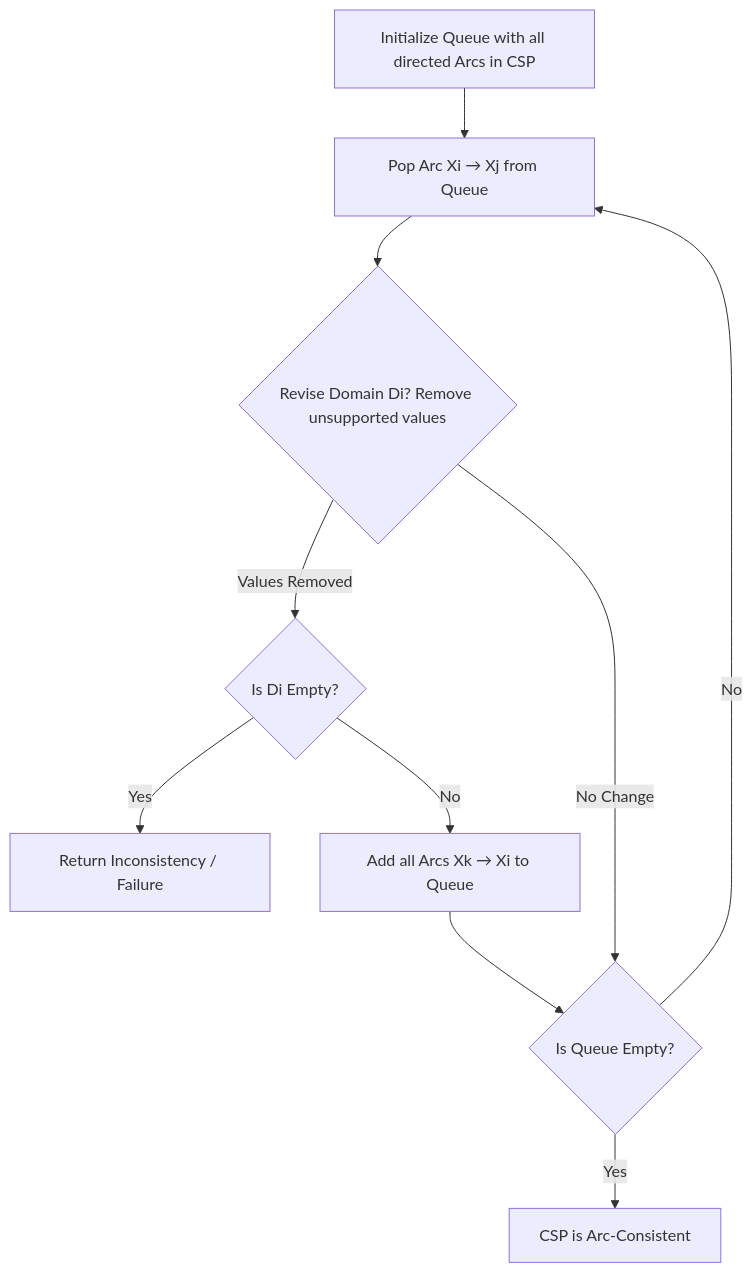
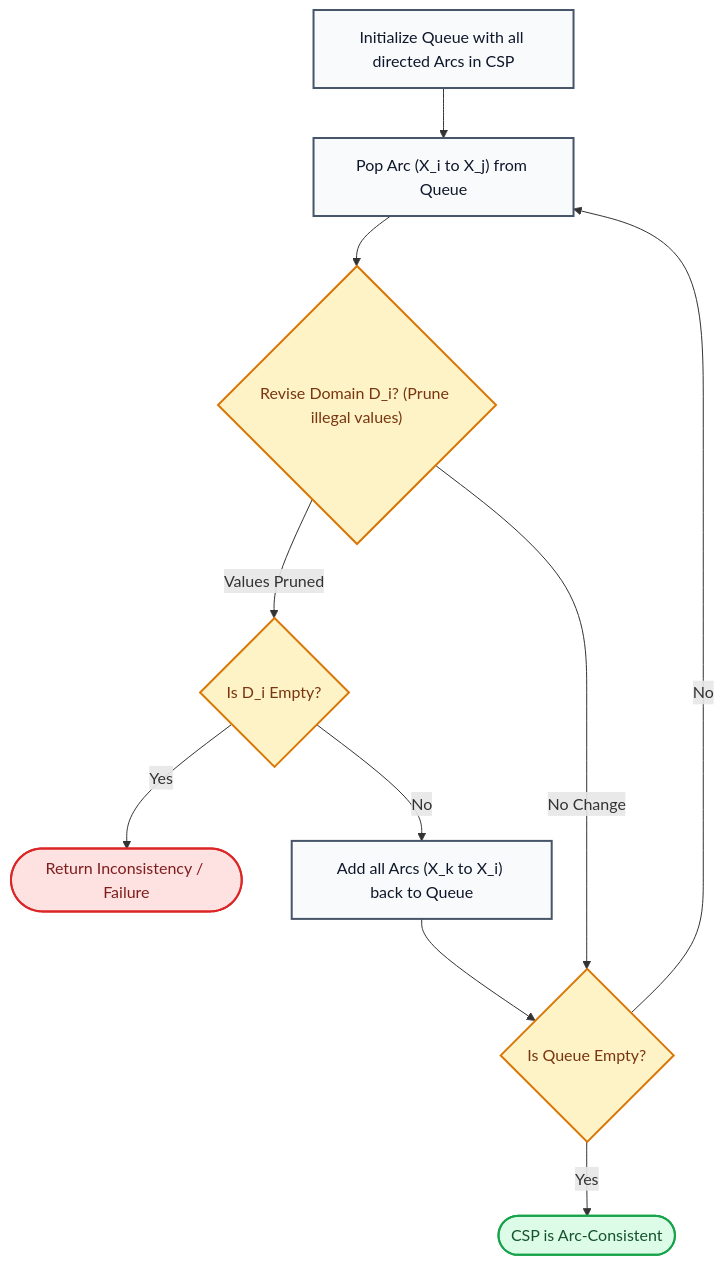
Diagram 18 of 31 in README.md (shimulshoishob/Artificial_Intelligence_CSE366), drawn with Mermaid before and after one commit. The commit also changed other lines of this file, not shown here.

````diff
--- a/README.md
+++ b/README.md
@@ -984,12 +1115,22 @@
 ```mermaid
 flowchart TD
-    Init[Initialize Queue with all directed Arcs in CSP] --> Pop[Pop Arc Xi → Xj from Queue]
-    Pop --> Revise{Revise Domain Di? Remove unsupported values}
-    Revise -- Values Removed --> CheckEmpty{Is Di Empty?}
-    CheckEmpty -- Yes --> Fail[Return Inconsistency / Failure]
-    CheckEmpty -- No --> AddNeighbors[Add all Arcs Xk → Xi to Queue]
-    Revise -- No Change --> CheckQueue{Is Queue Empty?}
+    Init["Initialize Queue with all directed Arcs in CSP"] --> Pop["Pop Arc (X_i to X_j) from Queue"]
+    Pop --> Revise{"Revise Domain D_i? (Prune illegal values)"}
+    Revise -- Values Pruned --> CheckEmpty{"Is D_i Empty?"}
+    CheckEmpty -- Yes --> Fail(["Return Inconsistency / Failure"])
+    CheckEmpty -- No --> AddNeighbors["Add all Arcs (X_k to X_i) back to Queue"]
+    Revise -- No Change --> CheckQueue{"Is Queue Empty?"}
     AddNeighbors --> CheckQueue
     CheckQueue -- No --> Pop
-    CheckQueue -- Yes --> Success[CSP is Arc-Consistent]
+    CheckQueue -- Yes --> Success(["CSP is Arc-Consistent"])
+
+    classDef step fill:#f8fafc,stroke:#475569,stroke-width:2px,color:#0f172a;
+    classDef decision fill:#fef3c7,stroke:#d97706,stroke-width:2px,color:#78350f;
+    classDef pass fill:#dcfce7,stroke:#16a34a,stroke-width:2px,color:#14532d;
+    classDef fail fill:#fee2e2,stroke:#dc2626,stroke-width:2px,color:#7f1d1d;
+
+    class Init,Pop,AddNeighbors step;
+    class Revise,CheckEmpty,CheckQueue decision;
+    class Success pass;
+    class Fail fail;
 ```
````
